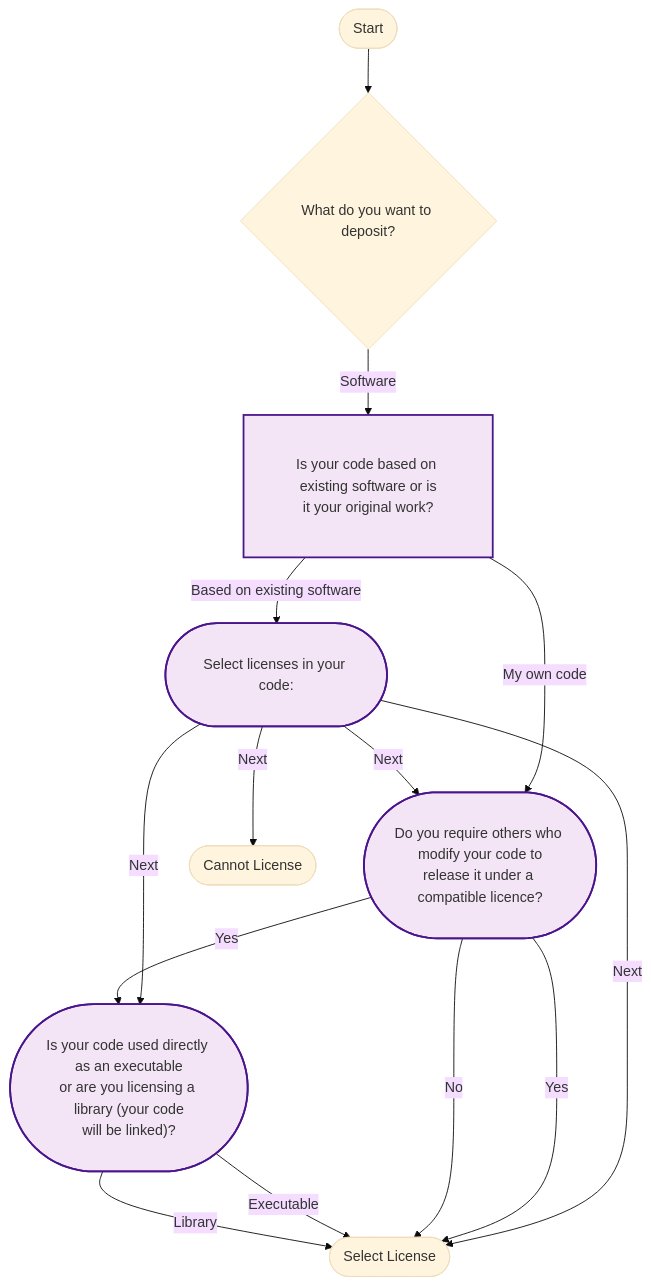
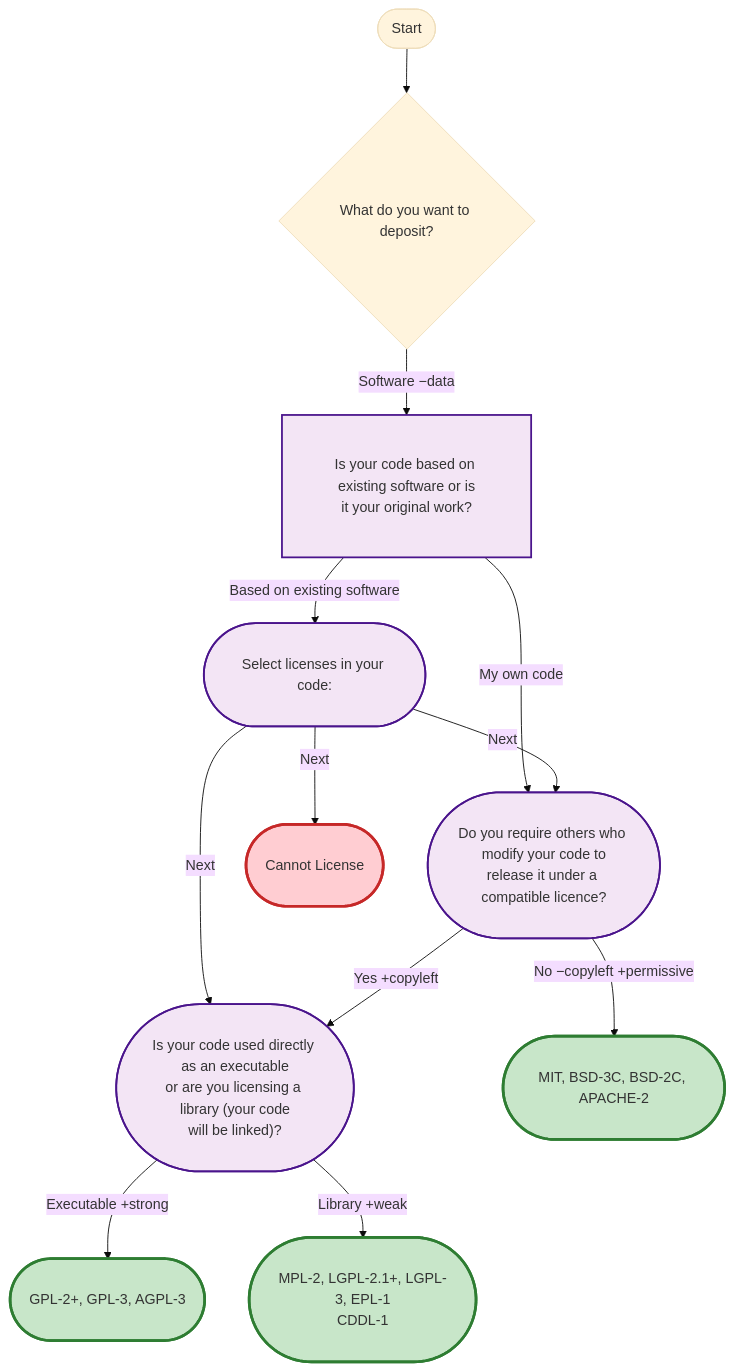
Before and after one commit to kosarko/public-license-selector: the third of 3 diagrams in docs/state-graph.md, drawn with Mermaid. The commit also changed other lines of this file and 1 other file, not shown here.

First line of the commit message:
Add license bag simulation to state graph generator

````diff
--- a/docs/state-graph.md
+++ b/docs/state-graph.md
@@ -159,37 +189,44 @@
 ```mermaid
 %%{init: {'theme':'base', 'themeVariables': { 'fontSize':'16px'}, 'flowchart':{'curve':'basis', 'padding':20}}}%%
 flowchart TD
     Start([Start]) --> KindOfContent
 
     KindOfContent{"What do you want to deposit?"}
     YourSoftware["Is your code based on existing software or is
 it your original work?"]
     class YourSoftware softwarePath
     LicenseInteropSoftware(["Select licenses in your code:"])
     class LicenseInteropSoftware softwarePath
     Copyleft(["Do you require others who modify your code to
 release it under a compatible licence?"])
     class Copyleft softwarePath
     StrongCopyleft(["Is your code used directly as an executable
 or are you licensing a library (your code
 will be linked)?"])
     class StrongCopyleft softwarePath
 
-    KindOfContent -->|"Software"| YourSoftware
+    KindOfContent -->|"Software −data"| YourSoftware
     YourSoftware -->|"Based on existing software"| LicenseInteropSoftware
     YourSoftware -->|"My own code"| Copyleft
     LicenseInteropSoftware -->|"Next"| Copyleft
     LicenseInteropSoftware -->|"Next"| StrongCopyleft
-    Copyleft -->|"Yes"| StrongCopyleft
-    LicenseInteropSoftware -->|"Next"| End([Select License])
-    Copyleft -->|"Yes"| End([Select License])
-    Copyleft -->|"No"| End([Select License])
-    StrongCopyleft -->|"Executable"| End([Select License])
-    StrongCopyleft -->|"Library"| End([Select License])
-    LicenseInteropSoftware -->|"Next"| Error([Cannot License])
+    Copyleft -->|"Yes +copyleft"| StrongCopyleft
+    LicenseInteropSoftware -->|"Next"| Term_0
+    Term_0(["Cannot License"])
+    class Term_0 errorNode
+    Copyleft -->|"No −copyleft +permissive"| Term_1
+    Term_1(["MIT, BSD-3C, BSD-2C, APACHE-2"])
+    class Term_1 terminalNode
+    StrongCopyleft -->|"Executable +strong"| Term_2
+    Term_2(["GPL-2+, GPL-3, AGPL-3"])
+    class Term_2 terminalNode
+    StrongCopyleft -->|"Library +weak"| Term_3
+    Term_3(["MPL-2, LGPL-2.1+, LGPL-3, EPL-1
+CDDL-1"])
+    class Term_3 terminalNode
 
     classDef dataPath fill:#e1f5ff,stroke:#01579b,stroke-width:2px,padding:15px,min-width:250px
     classDef softwarePath fill:#f3e5f5,stroke:#4a148c,stroke-width:2px,padding:15px,min-width:250px
     classDef terminalNode fill:#c8e6c9,stroke:#2e7d32,stroke-width:3px,padding:15px
     classDef errorNode fill:#ffcdd2,stroke:#c62828,stroke-width:3px,padding:15px
 ```
````
